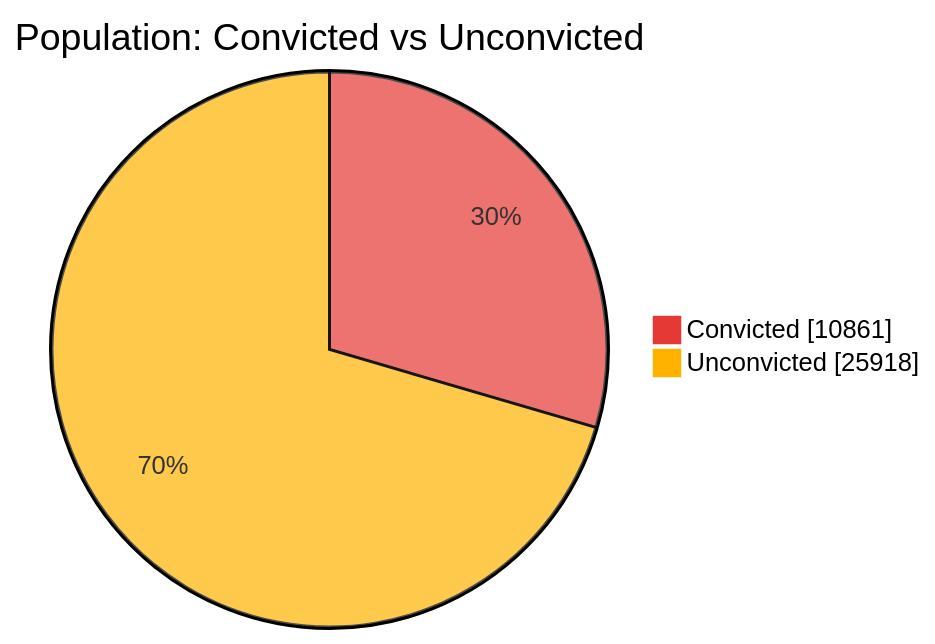
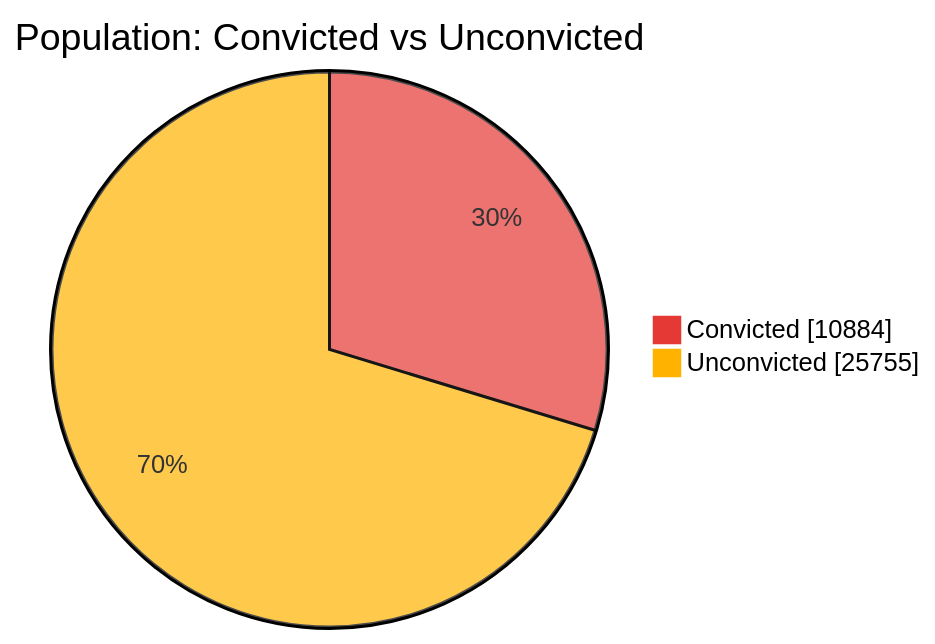
The first of 7 diagrams in README.md (nuuuwan/lk_prisons), drawn with Mermaid before and after one commit. The commit also changed other lines of this file and 1 other file, not shown here.

````diff
--- a/README.md
+++ b/README.md
@@ -43,6 +43,6 @@
 ```mermaid
 %%{init: {'themeVariables': {'pie1': '#E53935', 'pie2': '#FFB300'}}}%%
 pie showData title Population: Convicted vs Unconvicted
-    "Convicted" : 10861
-    "Unconvicted" : 25918
+    "Convicted" : 10884
+    "Unconvicted" : 25755
 ```
````
